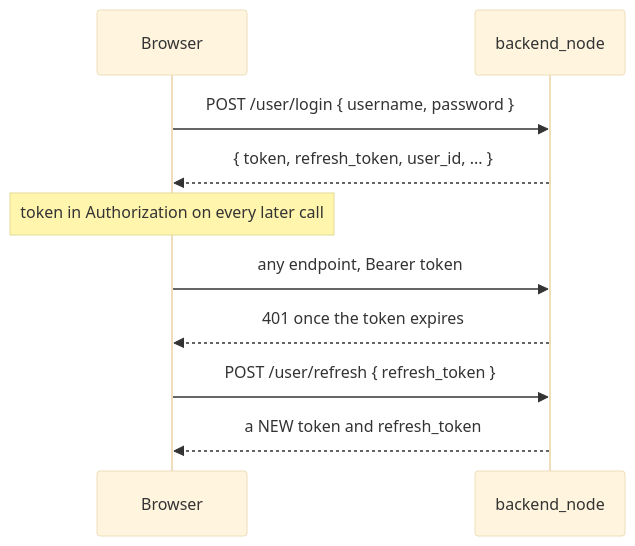
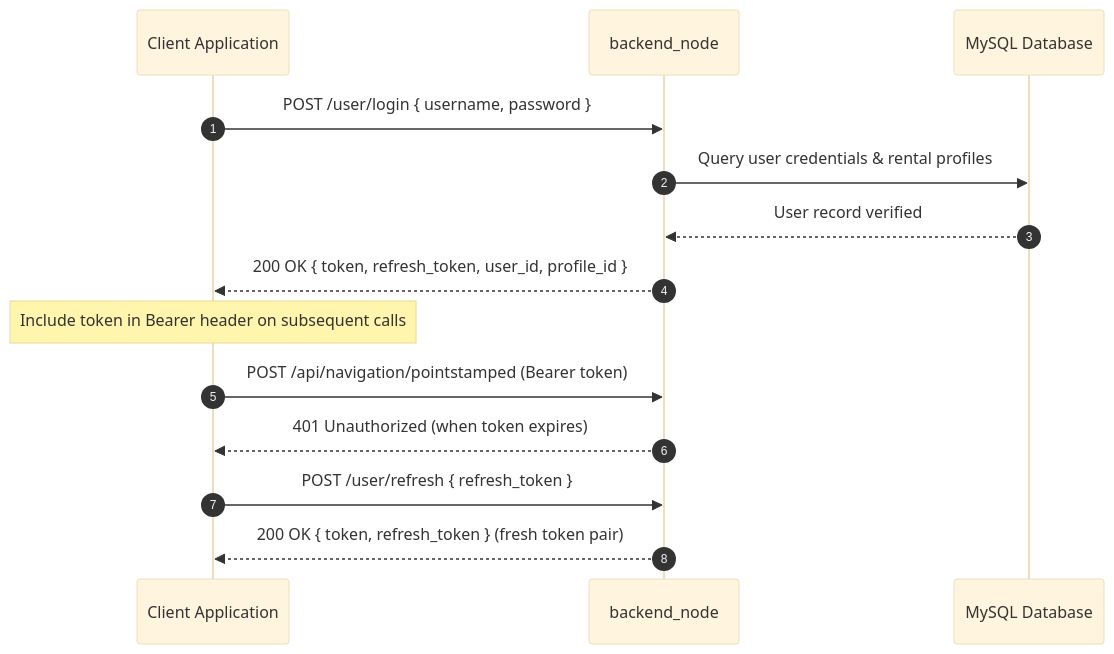
The first of 2 diagrams in docs/development/api-reference.md (itbdelaboprogramming/msd700_documentation), drawn with Mermaid (base theme) before and after one commit. The commit also changed other lines of this file and 16 other files, not shown here.

Commit message:
docs: overhaul documentation structure and clarify fleet addressing and command schemas

````diff
--- a/docs/development/api-reference.md
+++ b/docs/development/api-reference.md
@@ -43,13 +35,19 @@
 ```mermaid
 sequenceDiagram
-  participant B as Browser
-  participant BE as backend_node
+  autonumber
+  participant Client as Client Application
+  participant Backend as backend_node
+  participant DB as MySQL Database
 
-  B->>BE: POST /user/login { username, password }
-  BE-->>B: { token, refresh_token, user_id, ... }
-  Note over B: token in Authorization on every later call
-  B->>BE: any endpoint, Bearer token
-  BE-->>B: 401 once the token expires
-  B->>BE: POST /user/refresh { refresh_token }
-  BE-->>B: a NEW token and refresh_token
+  Client->>Backend: POST /user/login { username, password }
+  Backend->>DB: Query user credentials & rental profiles
+  DB-->>Backend: User record verified
+  Backend-->>Client: 200 OK { token, refresh_token, user_id, profile_id }
+  Note over Client: Include token in Bearer header on subsequent calls
+
+  Client->>Backend: POST /api/navigation/pointstamped (Bearer token)
+  Backend-->>Client: 401 Unauthorized (when token expires)
+
+  Client->>Backend: POST /user/refresh { refresh_token }
+  Backend-->>Client: 200 OK { token, refresh_token } (fresh token pair)
 ```
````
